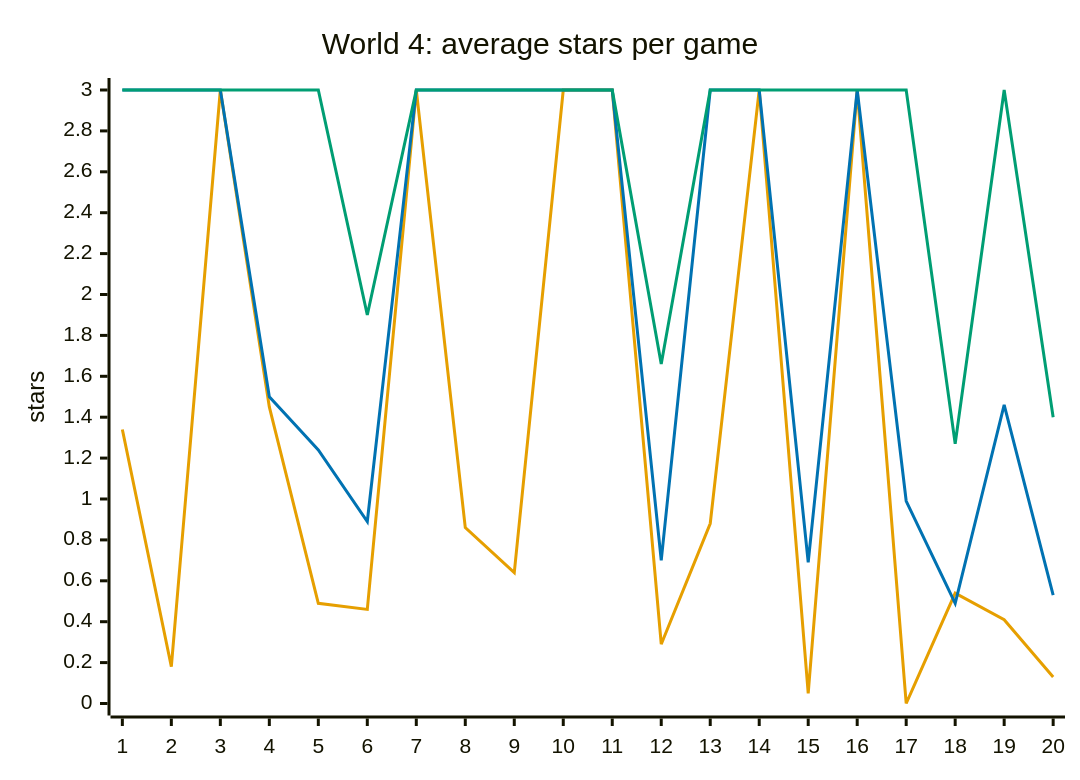
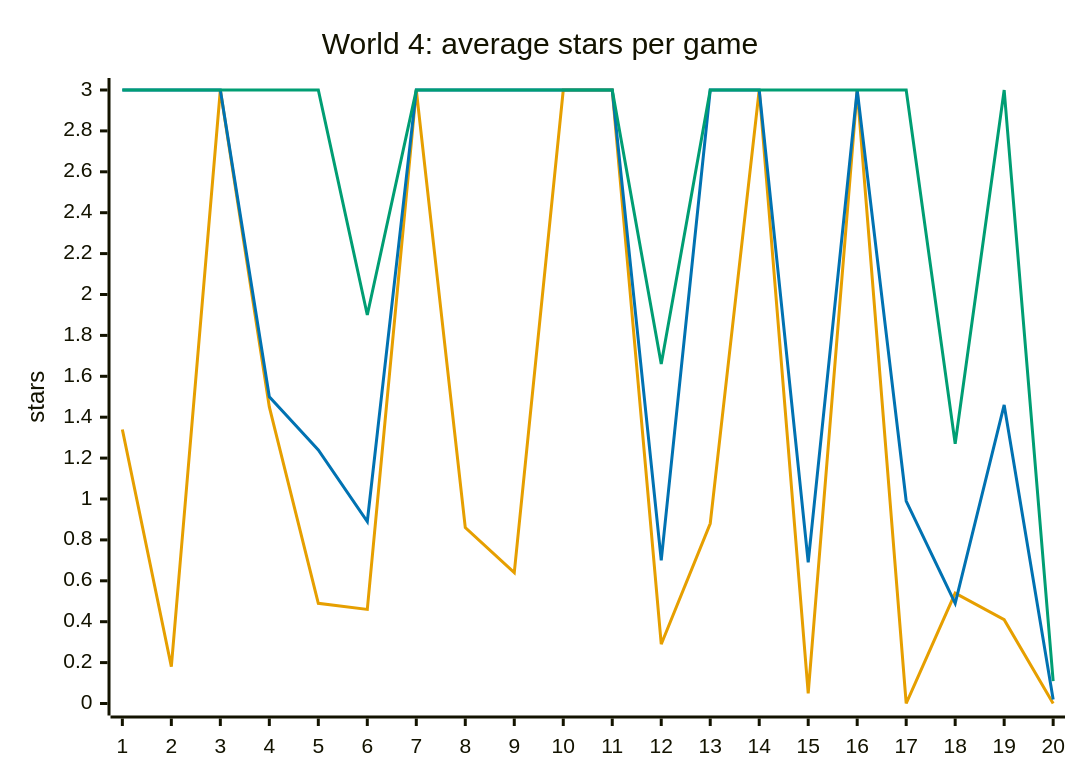
Before and after one commit to Pavelya/dots: the eighth of 8 diagrams in docs/design/difficulty.md, drawn with Mermaid. The commit also changed other lines of this file and 35 other files, not shown here.

````diff
--- a/docs/design/difficulty.md
+++ b/docs/design/difficulty.md
@@ -242,10 +247,10 @@
 ```mermaid
 %%{init: {"themeVariables": {"xyChart": {"plotColorPalette": "#E69F00, #0072B2, #009E73, #999999"}}}}%%
 xychart-beta
     title "World 4: average stars per game"
     x-axis ["1", "2", "3", "4", "5", "6", "7", "8", "9", "10", "11", "12", "13", "14", "15", "16", "17", "18", "19", "20"]
     y-axis "stars" 0 --> 3
-    line [1.34, 0.18, 3.00, 1.45, 0.49, 0.46, 3.00, 0.86, 0.64, 3.00, 3.00, 0.29, 0.88, 3.00, 0.05, 3.00, 0.00, 0.54, 0.41, 0.13]
-    line [3.00, 3.00, 3.00, 1.50, 1.24, 0.89, 3.00, 3.00, 3.00, 3.00, 3.00, 0.70, 3.00, 3.00, 0.69, 3.00, 0.99, 0.49, 1.46, 0.53]
-    line [3.00, 3.00, 3.00, 3.00, 3.00, 1.90, 3.00, 3.00, 3.00, 3.00, 3.00, 1.66, 3.00, 3.00, 3.00, 3.00, 3.00, 1.27, 3.00, 1.40]
+    line [1.34, 0.18, 3.00, 1.45, 0.49, 0.46, 3.00, 0.86, 0.64, 3.00, 3.00, 0.29, 0.88, 3.00, 0.05, 3.00, 0.00, 0.54, 0.41, 0.00]
+    line [3.00, 3.00, 3.00, 1.50, 1.24, 0.89, 3.00, 3.00, 3.00, 3.00, 3.00, 0.70, 3.00, 3.00, 0.69, 3.00, 0.99, 0.49, 1.46, 0.02]
+    line [3.00, 3.00, 3.00, 3.00, 3.00, 1.90, 3.00, 3.00, 3.00, 3.00, 3.00, 1.66, 3.00, 3.00, 3.00, 3.00, 3.00, 1.27, 3.00, 0.11]
 ```
````
